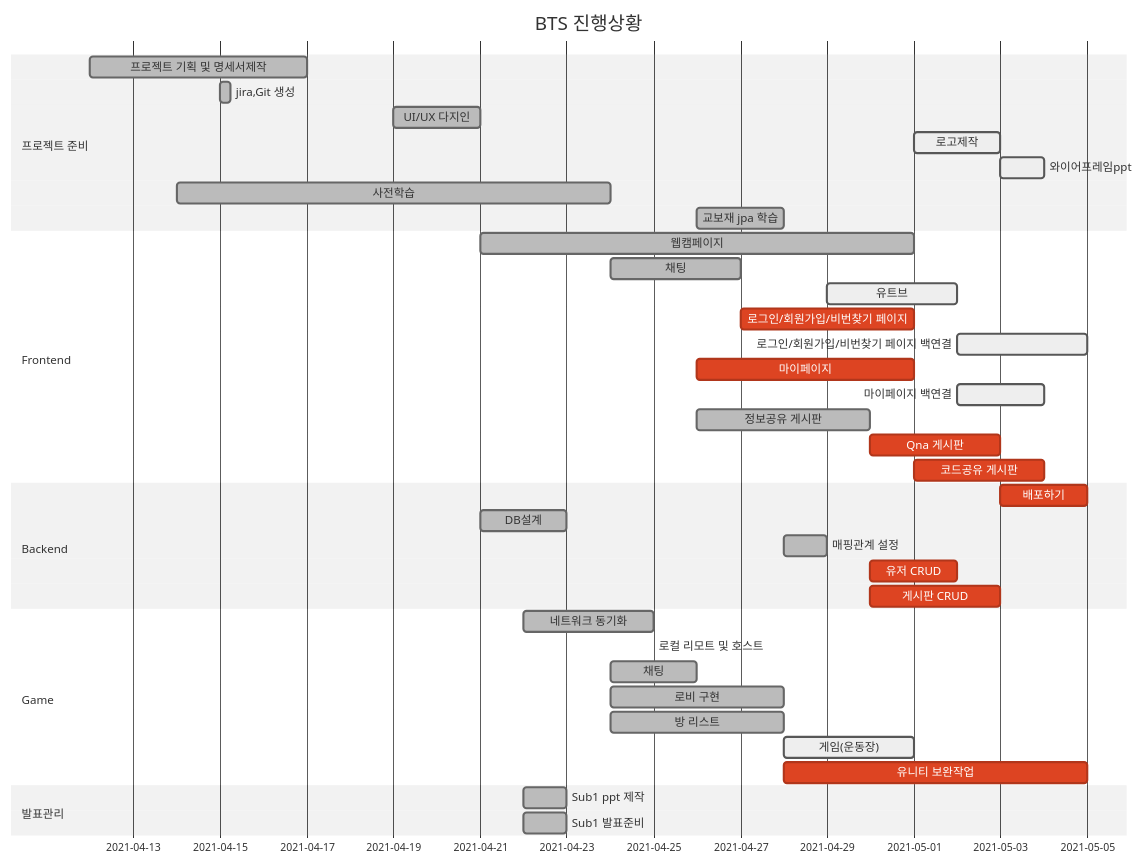
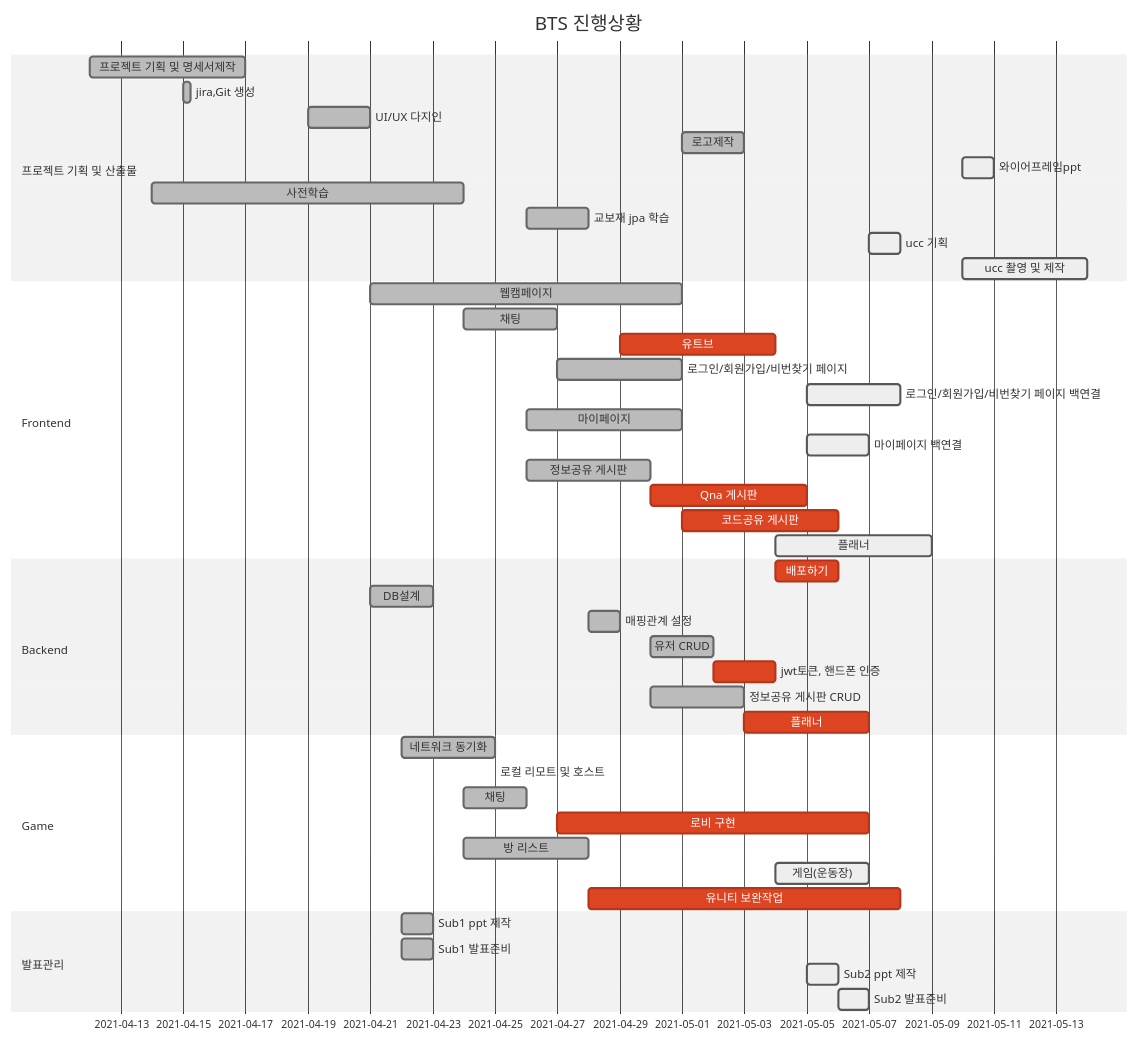
The diagram in README.md (Luminousjiny/PJT_BTS), drawn with Mermaid (neutral theme) before and after one commit. The commit also changed 13 other files, not shown here.

````diff
--- a/README.md
+++ b/README.md
@@ -50,45 +50,52 @@
 ```mermaid
 gantt
     title BTS 진행상황
     dateFormat  YYYY-MM-DD
-    section 프로젝트 준비
+    section 프로젝트 기획 및 산출물
     프로젝트 기획 및 명세서제작 : done, 2021-04-12, 5d
     jira,Git 생성  :done, 2021-04-15, 6h
     UI/UX 다지인  : done,   2021-04-19, 2d
-    로고제작 : active, 2021-05-01, 2d
-    와이어프레임ppt : active, 2021-05-03, 1d
+    로고제작 : done, 2021-05-01, 2d
+    와이어프레임ppt : active, 2021-05-10, 1d
     사전학습  : done, 2021-04-14, 10d
     교보재 jpa 학습 : done, 2021-04-26, 2d
+    ucc 기획 : active, 2021-05-07, 1d
+    ucc 촬영 및 제작 : active, 2021-05-10, 4d
 
     section Frontend
     웹캠페이지 : done, 2021-04-21, 10d
     채팅 : done, 2021-04-24, 3d
-    유트브 : active, 2021-04-29, 3d
-    로그인/회원가입/비번찾기 페이지 : crit, 2021-04-27, 4d
-    로그인/회원가입/비번찾기 페이지 백연결 : active, 2021-05-02, 3d
-    마이페이지 : crit, 2021-04-26, 5d
-    마이페이지 백연결 : active, 2021-05-02, 2d
+    유트브 : crit, 2021-04-29, 5d
+    로그인/회원가입/비번찾기 페이지 : done, 2021-04-27, 4d
+    로그인/회원가입/비번찾기 페이지 백연결 : active, 2021-05-05, 3d
+    마이페이지 : done, 2021-04-26, 5d
+    마이페이지 백연결 : active, 2021-05-05, 2d
     정보공유 게시판 : done, 2021-04-26, 4d
-    Qna 게시판 : crit, 2021-04-30, 3d
-    코드공유 게시판 : crit, 2021-05-01, 3d
+    Qna 게시판 : crit, 2021-04-30, 5d
+    코드공유 게시판 : crit, 2021-05-01, 5d
+    플래너 : active, 2021-05-04, 5d
     
     section Backend
-    배포하기 : crit, 2021-05-03, 2d
+    배포하기 : crit, 2021-05-04, 2d
     DB설계 : done, 2021-04-21, 2d
     매핑관계 설정 : done, 2021-04-28, 1d
-    유저 CRUD : crit, 2021-04-30, 2d
-    게시판 CRUD : crit, 2021-04-30, 3d
+    유저 CRUD : done, 2021-04-30, 2d
+    jwt토큰, 핸드폰 인증 : crit, 2021-05-02,2d 
+    정보공유 게시판 CRUD : done, 2021-04-30, 3d
+    플래너 : crit, 2021-05-03, 4d
     
     section Game
 	네트워크 동기화 : done, 2021-04-22, 3d
 	로컬 리모트 및 호스트 : done, 2021-04-23 1d
 	채팅 : done, 2021-04-24, 2d
-	로비 구현 : done, 2021-04-24, 4d
+	로비 구현 : crit, 2021-04-27, 10d
     방 리스트 : done, 2021-04-24, 4d
-    게임(운동장) : active, 2021-04-28,3d
-    유니티 보완작업 : crit, 2021-04-28, 7d
+    게임(운동장) : active, 2021-05-04,3d
+    유니티 보완작업 : crit, 2021-04-28, 10d
     
     section 발표관리
     Sub1 ppt 제작 : done, 2021-04-22, 1d
     Sub1 발표준비 : done, 2021-04-22, 1d
+    Sub2 ppt 제작 : active, 2021-05-05, 1d
+    Sub2 발표준비 : active, 2021-05-06, 1d
 ```
````
